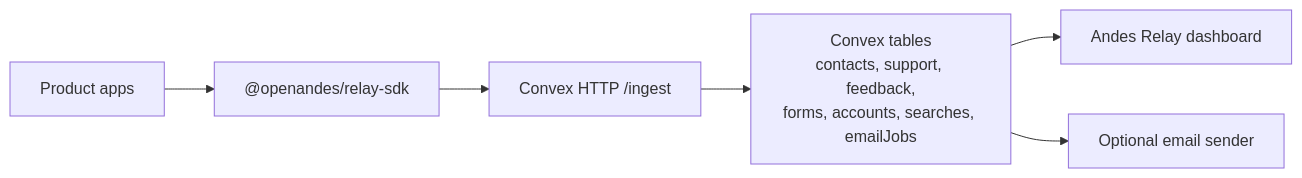
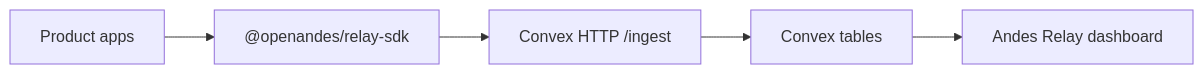
Before and after one commit to JorgeMenaDev/andes-relay: the diagram in README.md, drawn with Mermaid. The commit also changed other lines of this file and 9 other files, not shown here.

````diff
--- a/README.md
+++ b/README.md
@@ -78,8 +20,7 @@
 ```mermaid
 flowchart LR
   product["Product apps"] --> sdk["@openandes/relay-sdk"]
   sdk --> ingest["Convex HTTP /ingest"]
-  ingest --> db["Convex tables\ncontacts, support, feedback,\nforms, accounts, searches, emailJobs"]
+  ingest --> db["Convex tables"]
   db --> dashboard["Andes Relay dashboard"]
-  db --> email["Optional email sender"]
 ```
````
